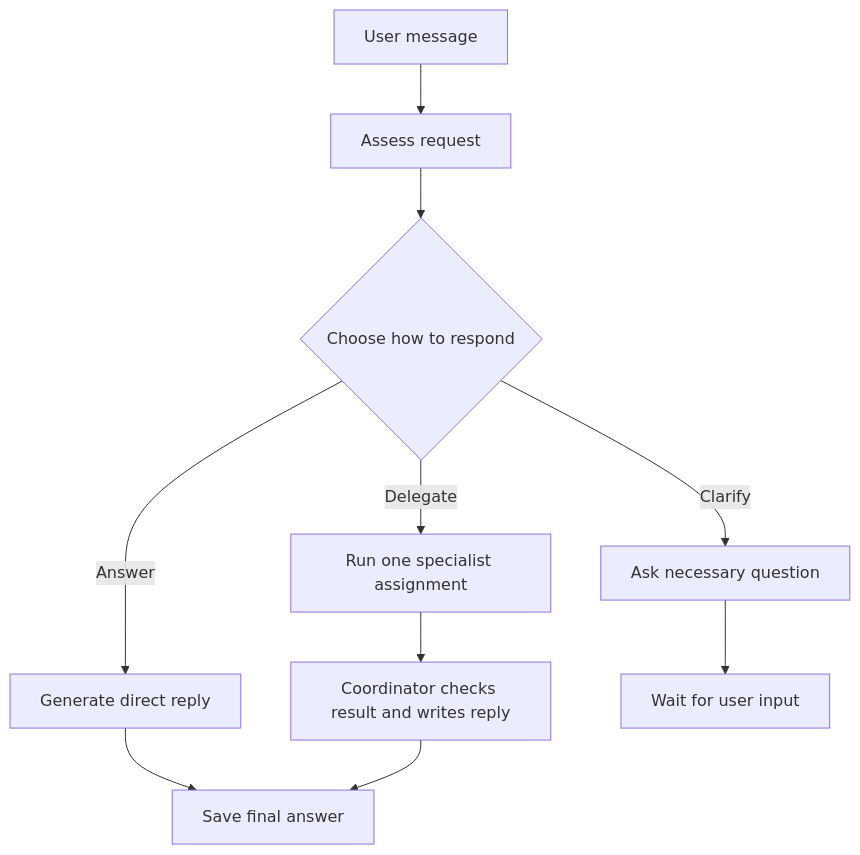
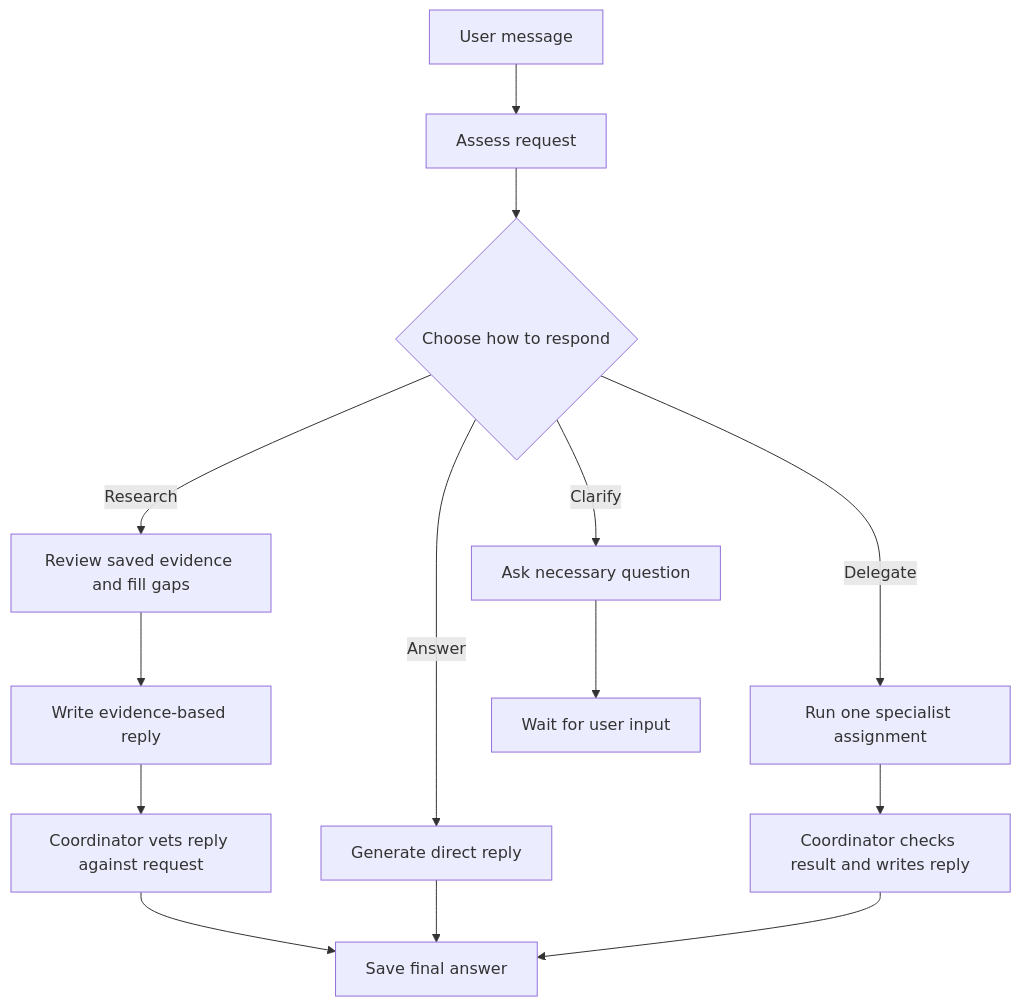
The second of 2 diagrams in docs/CHAT_ORCHESTRATION.md (erikmalm/maestro), drawn with Mermaid before and after one commit. The commit also changed other lines of this file and 4 other files, not shown here.

First line of the commit message:
Document reviewed search architecture and simple React composition (#40)

````diff
--- a/docs/CHAT_ORCHESTRATION.md
+++ b/docs/CHAT_ORCHESTRATION.md
@@ -19,12 +63,16 @@
 ```mermaid
 flowchart TD
     Input[User message] --> Assess[Assess request]
     Assess --> Choice{Choose how to respond}
     Choice -->|Answer| Answer[Generate direct reply]
     Choice -->|Clarify| Question[Ask necessary question]
+    Choice -->|Research| Research[Review saved evidence and fill gaps]
+    Research --> Draft[Write evidence-based reply]
+    Draft --> Vet[Coordinator vets reply against request]
+    Vet --> Result[Save final answer]
     Choice -->|Delegate| Specialist[Run one specialist assignment]
     Specialist --> Check[Coordinator checks result and writes reply]
     Answer --> Result[Save final answer]
     Check --> Result
     Question --> Wait[Wait for user input]
 ```
````
